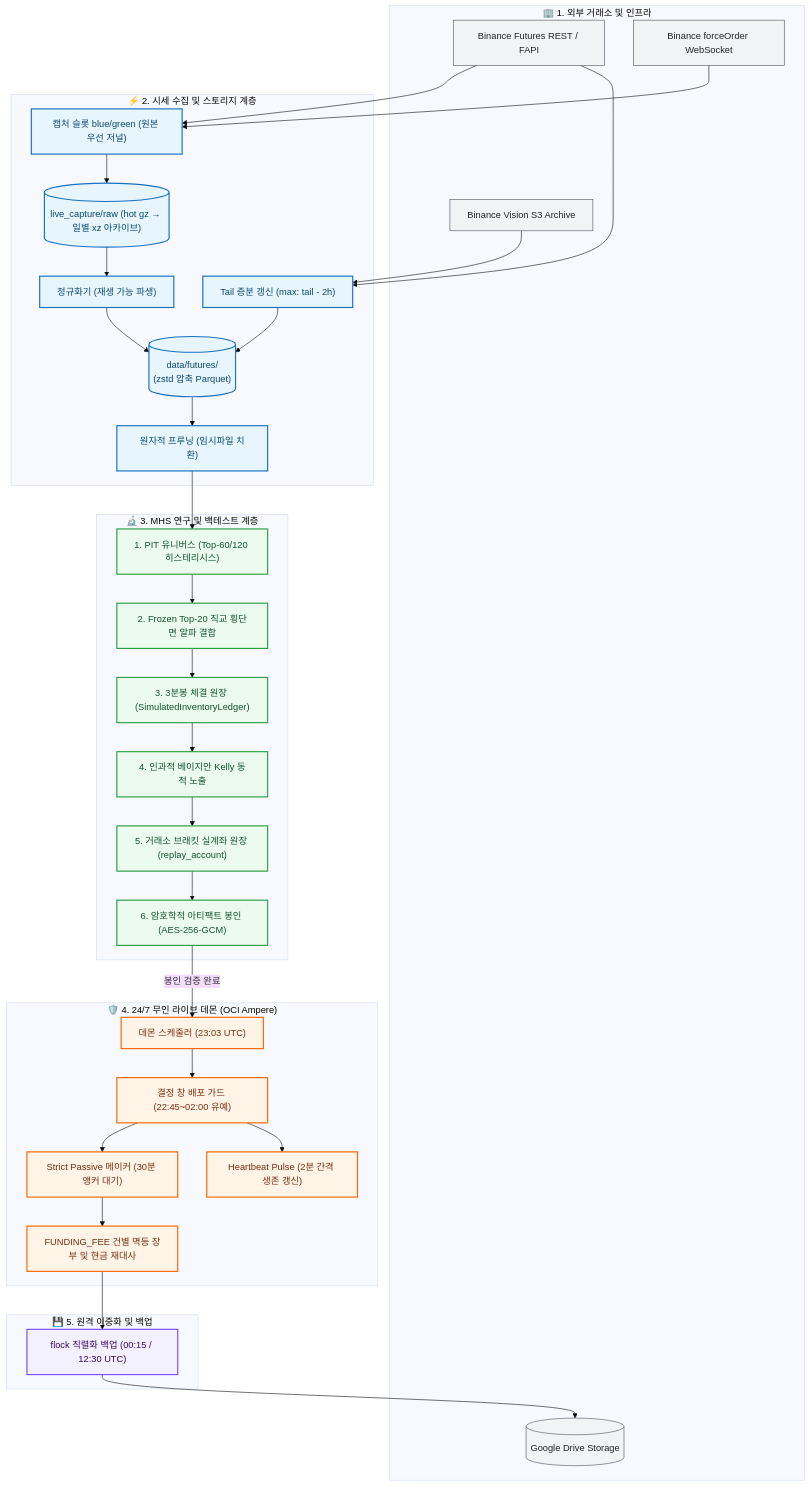
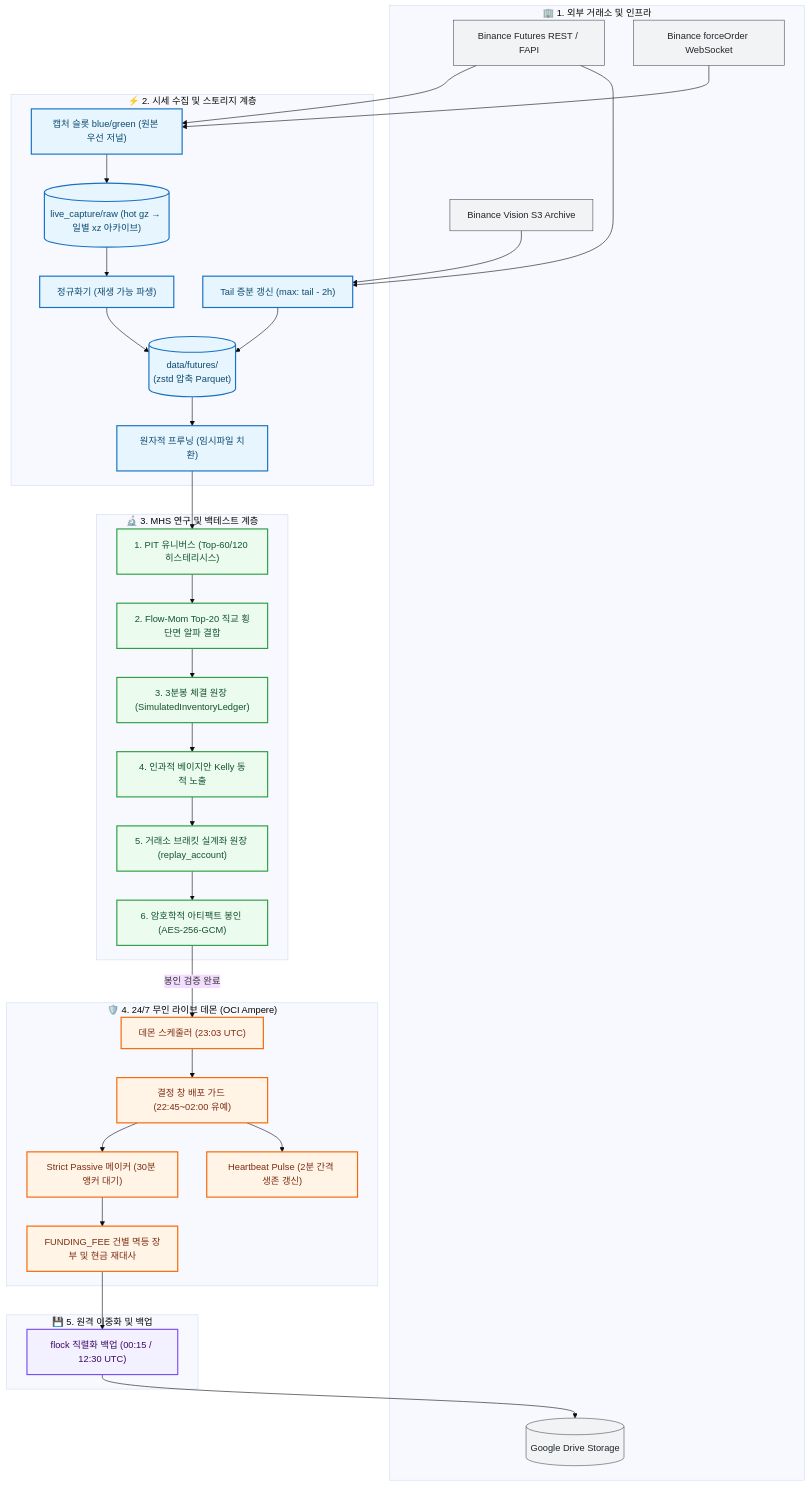
Before and after one commit to KTHYEONG/crypto-pilot: the diagram in docs/architecture/system-design.md, drawn with Mermaid (base theme). The commit also changed other lines of this file and 108 other files, not shown here.

````diff
--- a/docs/architecture/system-design.md
+++ b/docs/architecture/system-design.md
@@ -31,47 +31,47 @@
 ```mermaid
 flowchart TD
     classDef vendor fill:#f1f3f5,stroke:#495057,stroke-width:1px,color:#212529;
     classDef stage1 fill:#e7f5ff,stroke:#1971c2,stroke-width:2px,color:#0c4a6e;
     classDef stage2 fill:#ebfbee,stroke:#2f9e44,stroke-width:2px,color:#14532d;
     classDef stage3 fill:#f3f0ff,stroke:#7950f2,stroke-width:2px,color:#3b0764;
     classDef stage4 fill:#fff4e6,stroke:#f76707,stroke-width:2px,color:#7c2d12;
 
     subgraph Vendors ["🏢 1. 외부 거래소 및 인프라"]
         FAPI["Binance Futures REST / FAPI"]:::vendor
         VISION["Binance Vision S3 Archive"]:::vendor
         WS["Binance forceOrder WebSocket"]:::vendor
         GDRIVE[("Google Drive Storage")]:::vendor
     end
 
     subgraph DataTier ["⚡ 2. 시세 수집 및 스토리지 계층"]
         FAPI & VISION --> Refresh["Tail 증분 갱신 (max: tail - 2h)"]:::stage1
         FAPI & WS --> Capture["캡처 슬롯 blue/green (원본 우선 저널)"]:::stage1
         Capture --> RawJournal[("live_capture/raw (hot gz → 일별 xz 아카이브)")]:::stage1
         RawJournal --> Normalizer["정규화기 (재생 가능 파생)"]:::stage1
         Refresh --> ParquetStore[("data/futures/<br/>(zstd 압축 Parquet)")]:::stage1
         Normalizer --> ParquetStore
         ParquetStore --> Prune["원자적 프루닝 (임시파일 치환)"]:::stage1
     end
 
     subgraph ResearchTier ["🔬 3. MHS 연구 및 백테스트 계층"]
         Prune --> S1["1. PIT 유니버스 (Top-60/120 히스테리시스)"]:::stage2
-        S1 --> S2["2. Frozen Top-20 직교 횡단면 알파 결합"]:::stage2
+        S1 --> S2["2. Flow-Mom Top-20 직교 횡단면 알파 결합"]:::stage2
         S2 --> S3["3. 3분봉 체결 원장 (SimulatedInventoryLedger)"]:::stage2
         S3 --> S4["4. 인과적 베이지안 Kelly 동적 노출"]:::stage2
         S4 --> S5["5. 거래소 브래킷 실계좌 원장 (replay_account)"]:::stage2
         S5 --> S6["6. 암호학적 아티팩트 봉인 (AES-256-GCM)"]:::stage2
     end
 
     subgraph LiveTier ["🛡️ 4. 24/7 무인 라이브 데몬 (OCI Ampere)"]
         S6 -->|봉인 검증 완료| Scheduler["데몬 스케줄러 (23:03 UTC)"]:::stage4
         Scheduler --> DeployGate["결정 창 배포 가드 (22:45~02:00 유예)"]:::stage4
         DeployGate --> Pulse["Heartbeat Pulse (2분 간격 생존 갱신)"]:::stage4
         DeployGate --> Execution["Strict Passive 메이커 (30분 앵커 대기)"]:::stage4
         Execution --> TaxLedger["FUNDING_FEE 건별 멱등 장부 및 현금 재대사"]:::stage4
     end
 
     subgraph BackupTier ["💾 5. 원격 이중화 및 백업"]
         TaxLedger --> Backup["flock 직렬화 백업 (00:15 / 12:30 UTC)"]:::stage3
         Backup --> GDRIVE
     end
 ```
````
